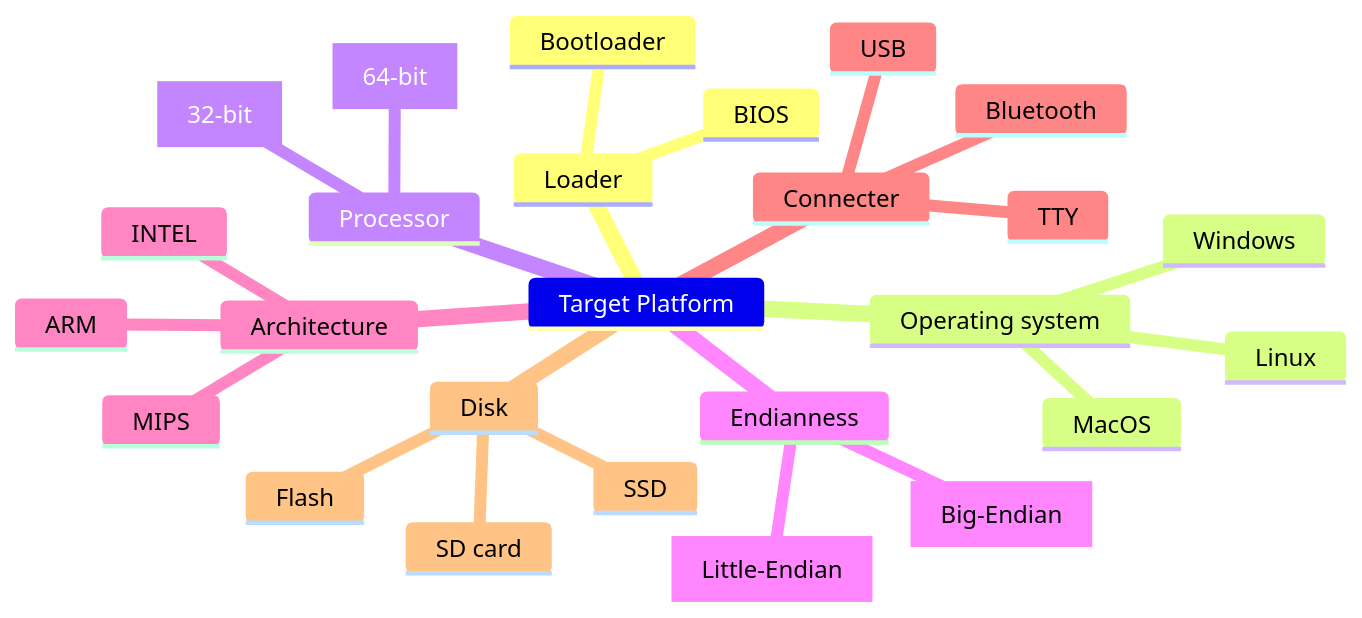
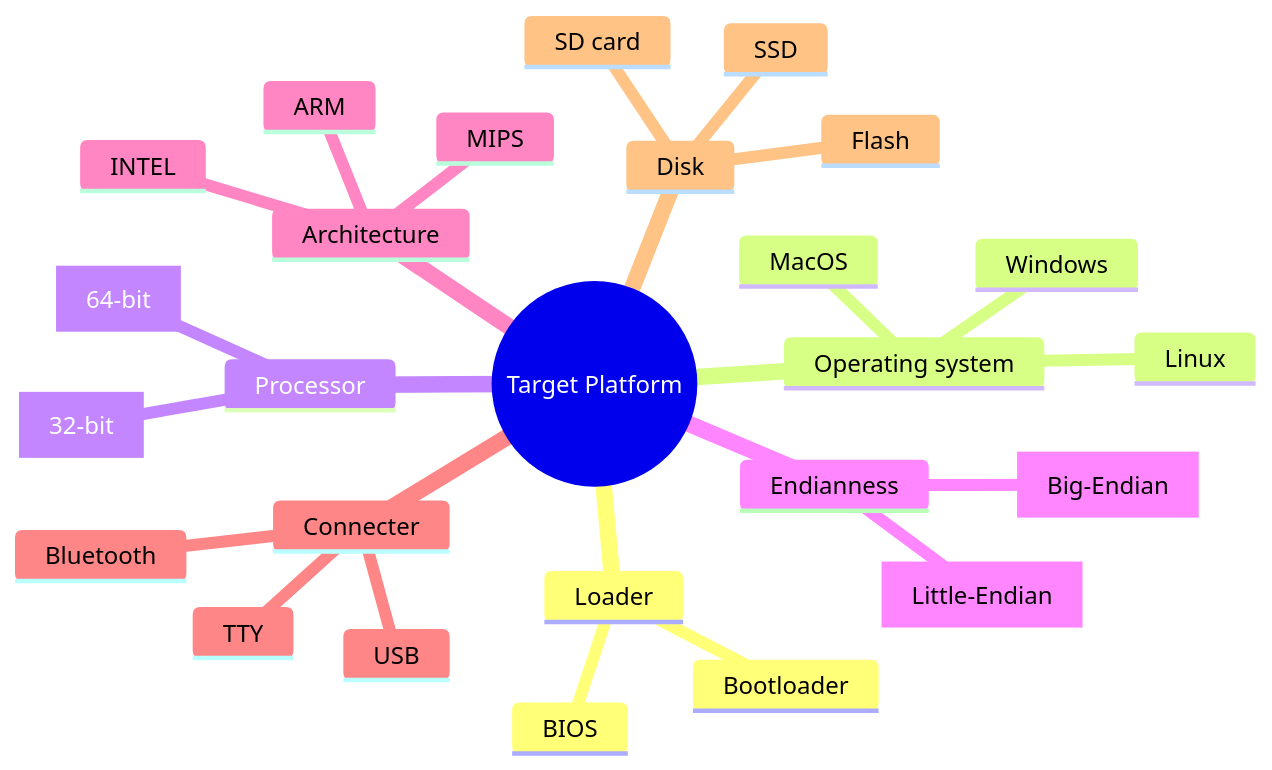
The first of 12 diagrams in README.md (lankahsu520/CrossCompilationX), drawn with Mermaid before and after one commit. The commit also changed other lines of this file, not shown here.

Commit message:
update README.md, add mindmap root(())

````diff
--- a/README.md
+++ b/README.md
@@ -37,29 +37,29 @@
 ```mermaid
 mindmap
-	Target Platform
+	root((Target Platform))
 		Loader
 			BIOS
 			Bootloader
 		Operating system
 			Linux
 			MacOS
 			Windows
 		Processor
 			[64-bit]
 			[32-bit]
 		Endianness
 			[Big-Endian]
 			[Little-Endian]
 		Architecture
 			ARM
 			MIPS
 			INTEL
 		Connecter
 			TTY
 			USB
 			Bluetooth
 		Disk
 			Flash
 			SD card
 			SSD
 ```
````
